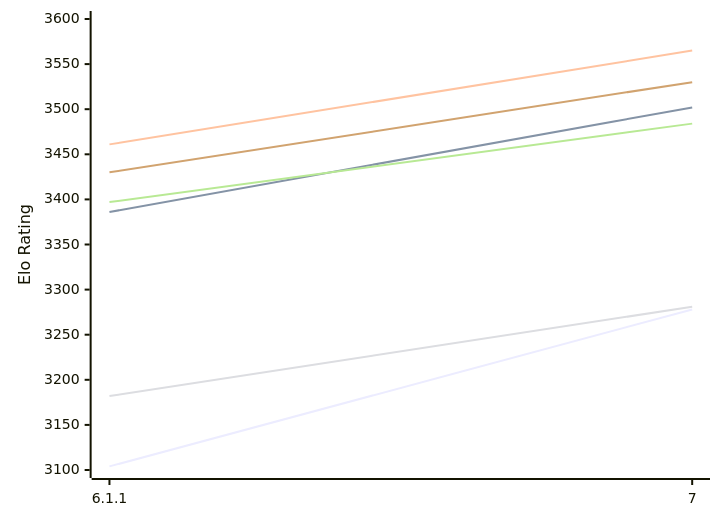
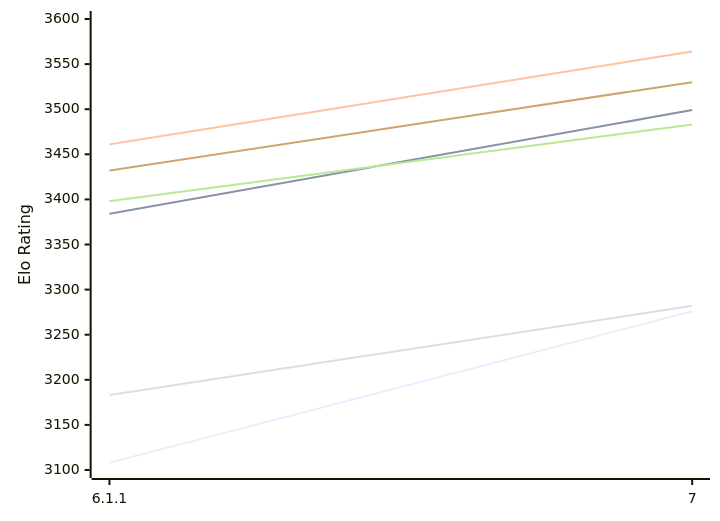
Before and after one commit to computer-chess-index/cci: the first of 2 diagrams in engines/Zangdar.md, drawn with Mermaid. The commit also changed other lines of this file, not shown here.

Commit message:
Update CCI Ratings (ELO VLTC) - 2026-11-27

````diff
--- a/engines/Zangdar.md
+++ b/engines/Zangdar.md
@@ -53,12 +53,12 @@
 ```mermaid
 %%{init: {"theme":"base","themeVariables":{"seriesColors:['#a3a3a3','#222221','#faa371']}}}%%
 xychart-beta
   x-axis ["6.1.1", "7"]
   y-axis "Elo Rating" 3100 --> 3600
-  line "E1: STC (8.0+0.08s)" [3104, 3278]
-  line "E1: LTC (60.0+0.60s)" [3386, 3502]
-  line "E1: VLTC (2m24s+1.12s)" [3461, 3565]
-  line "P1: STC (8.0+0.08s)" [3182, 3281]
-  line "P1: LTC (60.0+0.60s)" [3397, 3484]
-  line "P1: VLTC (2m24s+1.12s)" [3430, 3530]
+  line "E1: STC (8.0+0.08s)" [3108, 3276]
+  line "E1: LTC (60.0+0.60s)" [3384, 3499]
+  line "E1: VLTC (2m24s+1.12s)" [3461, 3564]
+  line "P1: STC (8.0+0.08s)" [3183, 3282]
+  line "P1: LTC (60.0+0.60s)" [3398, 3483]
+  line "P1: VLTC (2m24s+1.12s)" [3432, 3530]
 ```
````
